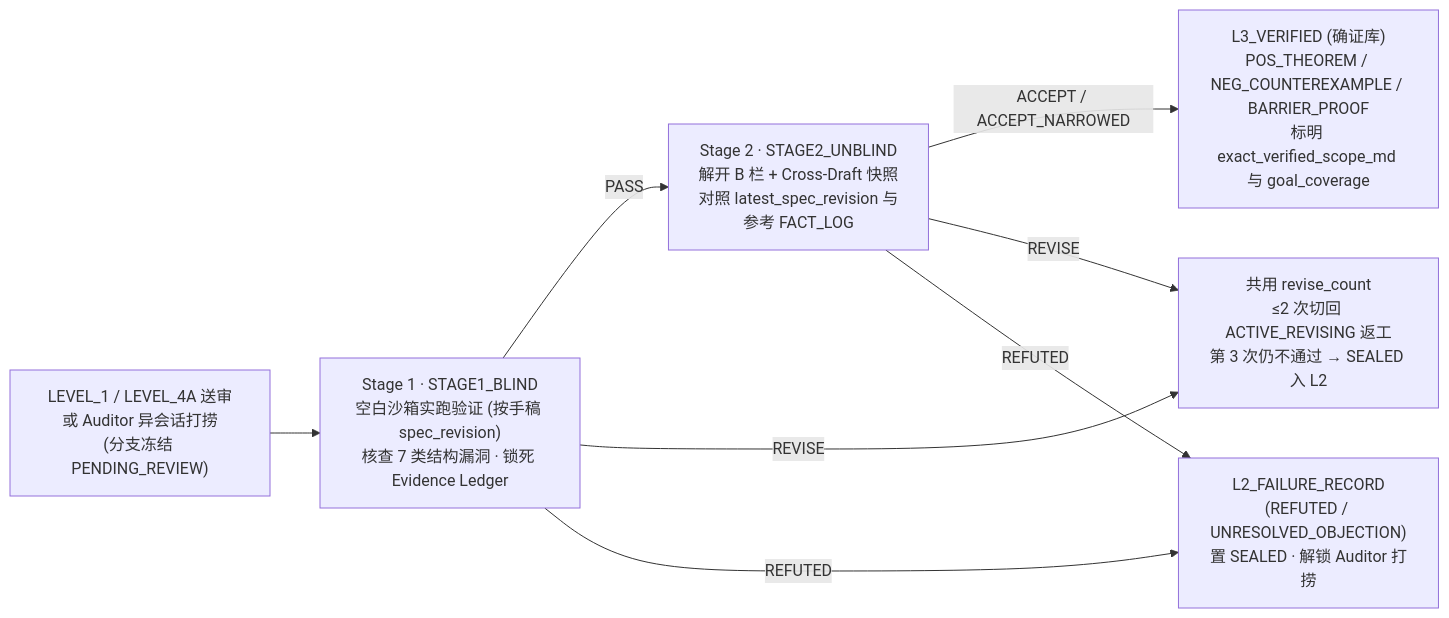
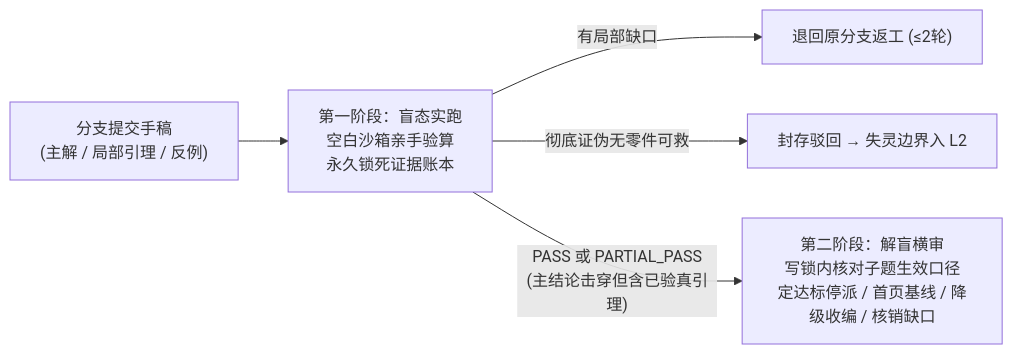
The fifth of 6 diagrams in ARCHITECTURE.md (Qingzhu093/greatwall-agent), drawn with Mermaid before and after one commit. The commit also changed other lines of this file and 54 other files, not shown here.

Commit message:
release(v0.3.0-alpha.2): review bug fixes, v0.3 architecture docs & SVG overhaul, and docs/archive organization

````diff
--- a/ARCHITECTURE.md
+++ b/ARCHITECTURE.md
@@ -482,10 +278,7 @@
 ```mermaid
 flowchart LR
-    Sub["LEVEL_1 / LEVEL_4A 送审\n或 Auditor 异会话打捞\n(分支冻结 PENDING_REVIEW)"] --> S1["Stage 1 · STAGE1_BLIND\n空白沙箱实跑验证 (按手稿 spec_revision)\n核查 7 类结构漏洞 · 锁死 Evidence Ledger"]
-    S1 -->|PASS| S2["Stage 2 · STAGE2_UNBLIND\n解开 B 栏 + Cross-Draft 快照\n对照 latest_spec_revision 与参考 FACT_LOG"]
-    S1 -->|REVISE| Rev["共用 revise_count\n≤2 次切回 ACTIVE_REVISING 返工\n第 3 次仍不通过 → SEALED 入 L2"]
-    S1 -->|REFUTED| L2["L2_FAILURE_RECORD\n(REFUTED / UNRESOLVED_OBJECTION)\n置 SEALED · 解锁 Auditor 打捞"]
-    S2 -->|ACCEPT / ACCEPT_NARROWED| L3["L3_VERIFIED (确证库)\nPOS_THEOREM / NEG_COUNTEREXAMPLE / BARRIER_PROOF\n标明 exact_verified_scope_md 与 goal_coverage"]
-    S2 -->|REVISE| Rev
-    S2 -->|REFUTED| L2
+    Sub["分支提交手稿\n(主解 / 局部引理 / 反例)"] --> S1["第一阶段：盲态实跑\n空白沙箱亲手验算\n永久锁死证据账本"]
+    S1 -->|"有局部缺口"| Rev["退回原分支返工 (≤2轮)"]
+    S1 -->|"彻底证伪无零件可救"| Rej["封存驳回 → 失灵边界入 L2"]
+    S1 -->|"PASS 或 PARTIAL_PASS\n(主结论击穿但含已验真引理)"| S2["第二阶段：解盲横审\n写锁内核对子题生效口径\n定达标停派 / 首页基线 / 降级收编 / 核销缺口"]
 ```
````
